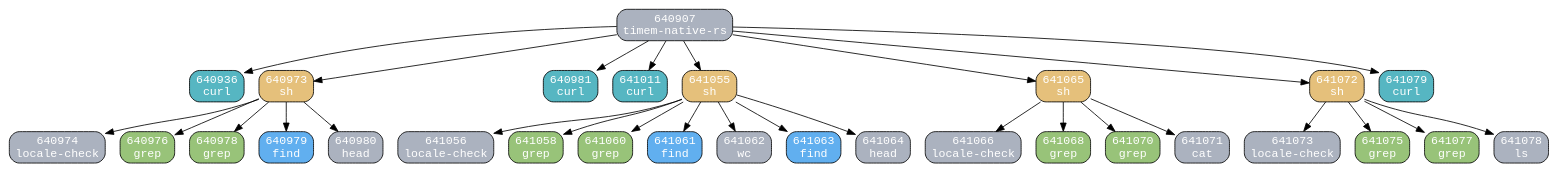
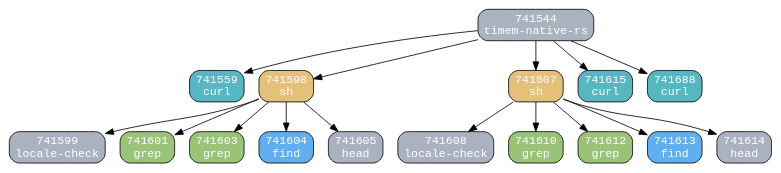
The diagram in research/timemai-process-model/output/process_tree_T2-multi-read.dot (Claud-Ling/agent-sight), drawn with Graphviz before and after one commit. The commit also changed 33 other files, not shown here.

```diff
--- a/research/timemai-process-model/output/process_tree_T2-multi-read.dot
+++ b/research/timemai-process-model/output/process_tree_T2-multi-read.dot
@@ -1,62 +1,36 @@
 digraph process_tree {
   rankdir=TB;
   node [shape=box, style=rounded, fontname=monospace];
   edge [fontname=monospace, fontsize=10];
-  640907 [label="640907\ntimem-native-rs" fillcolor="#ABB2BF" style="filled,rounded" fontcolor="white"];
-  640936 [label="640936\ncurl" fillcolor="#56B6C2" style="filled,rounded" fontcolor="white"];
-  640907 -> 640936;
-  640973 [label="640973\nsh" fillcolor="#E5C07B" style="filled,rounded" fontcolor="white"];
-  640974 [label="640974\nlocale-check" fillcolor="#ABB2BF" style="filled,rounded" fontcolor="white"];
-  640973 -> 640974;
-  640976 [label="640976\ngrep" fillcolor="#98C379" style="filled,rounded" fontcolor="white"];
-  640973 -> 640976;
-  640978 [label="640978\ngrep" fillcolor="#98C379" style="filled,rounded" fontcolor="white"];
-  640973 -> 640978;
-  640979 [label="640979\nfind" fillcolor="#61AFEF" style="filled,rounded" fontcolor="white"];
-  640973 -> 640979;
-  640980 [label="640980\nhead" fillcolor="#ABB2BF" style="filled,rounded" fontcolor="white"];
-  640973 -> 640980;
-  640907 -> 640973;
-  640981 [label="640981\ncurl" fillcolor="#56B6C2" style="filled,rounded" fontcolor="white"];
-  640907 -> 640981;
-  641011 [label="641011\ncurl" fillcolor="#56B6C2" style="filled,rounded" fontcolor="white"];
-  640907 -> 641011;
-  641055 [label="641055\nsh" fillcolor="#E5C07B" style="filled,rounded" fontcolor="white"];
-  641056 [label="641056\nlocale-check" fillcolor="#ABB2BF" style="filled,rounded" fontcolor="white"];
-  641055 -> 641056;
-  641058 [label="641058\ngrep" fillcolor="#98C379" style="filled,rounded" fontcolor="white"];
-  641055 -> 641058;
-  641060 [label="641060\ngrep" fillcolor="#98C379" style="filled,rounded" fontcolor="white"];
-  641055 -> 641060;
-  641061 [label="641061\nfind" fillcolor="#61AFEF" style="filled,rounded" fontcolor="white"];
-  641055 -> 641061;
-  641062 [label="641062\nwc" fillcolor="#ABB2BF" style="filled,rounded" fontcolor="white"];
-  641055 -> 641062;
-  641063 [label="641063\nfind" fillcolor="#61AFEF" style="filled,rounded" fontcolor="white"];
-  641055 -> 641063;
-  641064 [label="641064\nhead" fillcolor="#ABB2BF" style="filled,rounded" fontcolor="white"];
-  641055 -> 641064;
-  640907 -> 641055;
-  641065 [label="641065\nsh" fillcolor="#E5C07B" style="filled,rounded" fontcolor="white"];
-  641066 [label="641066\nlocale-check" fillcolor="#ABB2BF" style="filled,rounded" fontcolor="white"];
-  641065 -> 641066;
-  641068 [label="641068\ngrep" fillcolor="#98C379" style="filled,rounded" fontcolor="white"];
-  641065 -> 641068;
-  641070 [label="641070\ngrep" fillcolor="#98C379" style="filled,rounded" fontcolor="white"];
-  641065 -> 641070;
-  641071 [label="641071\ncat" fillcolor="#ABB2BF" style="filled,rounded" fontcolor="white"];
-  641065 -> 641071;
-  640907 -> 641065;
-  641072 [label="641072\nsh" fillcolor="#E5C07B" style="filled,rounded" fontcolor="white"];
-  641073 [label="641073\nlocale-check" fillcolor="#ABB2BF" style="filled,rounded" fontcolor="white"];
-  641072 -> 641073;
-  641075 [label="641075\ngrep" fillcolor="#98C379" style="filled,rounded" fontcolor="white"];
-  641072 -> 641075;
-  641077 [label="641077\ngrep" fillcolor="#98C379" style="filled,rounded" fontcolor="white"];
-  641072 -> 641077;
-  641078 [label="641078\nls" fillcolor="#ABB2BF" style="filled,rounded" fontcolor="white"];
-  641072 -> 641078;
-  640907 -> 641072;
-  641079 [label="641079\ncurl" fillcolor="#56B6C2" style="filled,rounded" fontcolor="white"];
-  640907 -> 641079;
+  741544 [label="741544\ntimem-native-rs" fillcolor="#ABB2BF" style="filled,rounded" fontcolor="white"];
+  741559 [label="741559\ncurl" fillcolor="#56B6C2" style="filled,rounded" fontcolor="white"];
+  741544 -> 741559;
+  741598 [label="741598\nsh" fillcolor="#E5C07B" style="filled,rounded" fontcolor="white"];
+  741599 [label="741599\nlocale-check" fillcolor="#ABB2BF" style="filled,rounded" fontcolor="white"];
+  741598 -> 741599;
+  741601 [label="741601\ngrep" fillcolor="#98C379" style="filled,rounded" fontcolor="white"];
+  741598 -> 741601;
+  741603 [label="741603\ngrep" fillcolor="#98C379" style="filled,rounded" fontcolor="white"];
+  741598 -> 741603;
+  741604 [label="741604\nfind" fillcolor="#61AFEF" style="filled,rounded" fontcolor="white"];
+  741598 -> 741604;
+  741605 [label="741605\nhead" fillcolor="#ABB2BF" style="filled,rounded" fontcolor="white"];
+  741598 -> 741605;
+  741544 -> 741598;
+  741607 [label="741607\nsh" fillcolor="#E5C07B" style="filled,rounded" fontcolor="white"];
+  741608 [label="741608\nlocale-check" fillcolor="#ABB2BF" style="filled,rounded" fontcolor="white"];
+  741607 -> 741608;
+  741610 [label="741610\ngrep" fillcolor="#98C379" style="filled,rounded" fontcolor="white"];
+  741607 -> 741610;
+  741612 [label="741612\ngrep" fillcolor="#98C379" style="filled,rounded" fontcolor="white"];
+  741607 -> 741612;
+  741613 [label="741613\nfind" fillcolor="#61AFEF" style="filled,rounded" fontcolor="white"];
+  741607 -> 741613;
+  741614 [label="741614\nhead" fillcolor="#ABB2BF" style="filled,rounded" fontcolor="white"];
+  741607 -> 741614;
+  741544 -> 741607;
+  741615 [label="741615\ncurl" fillcolor="#56B6C2" style="filled,rounded" fontcolor="white"];
+  741544 -> 741615;
+  741688 [label="741688\ncurl" fillcolor="#56B6C2" style="filled,rounded" fontcolor="white"];
+  741544 -> 741688;
 }
```
